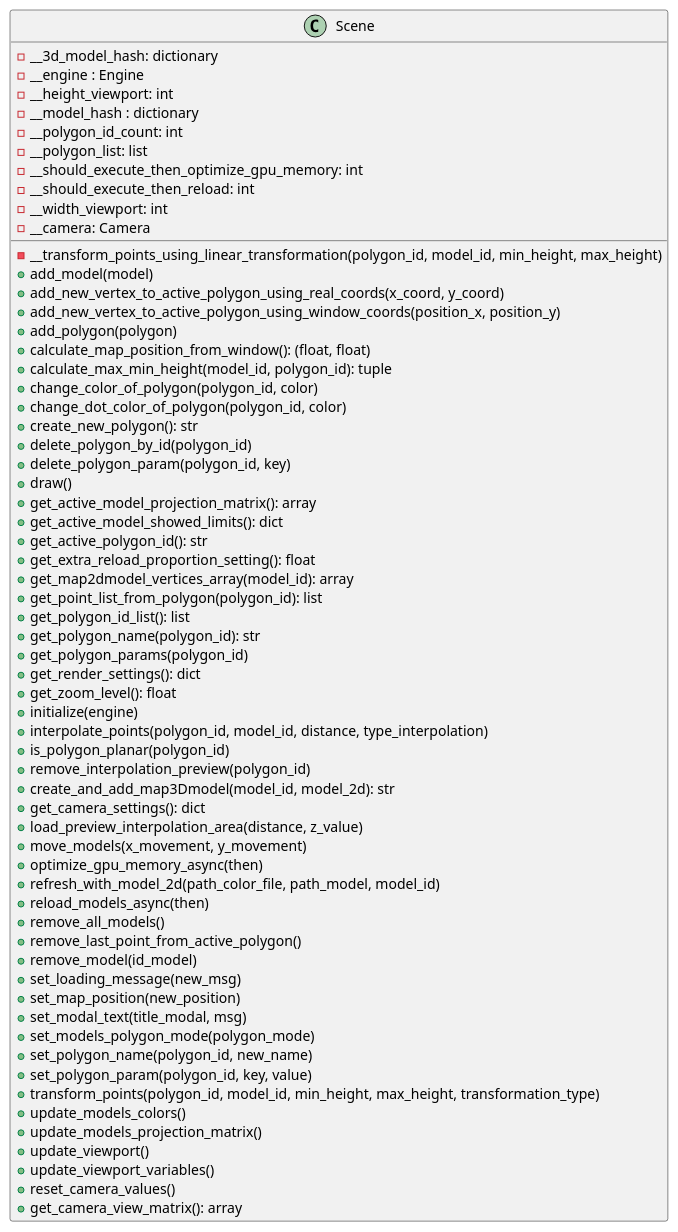
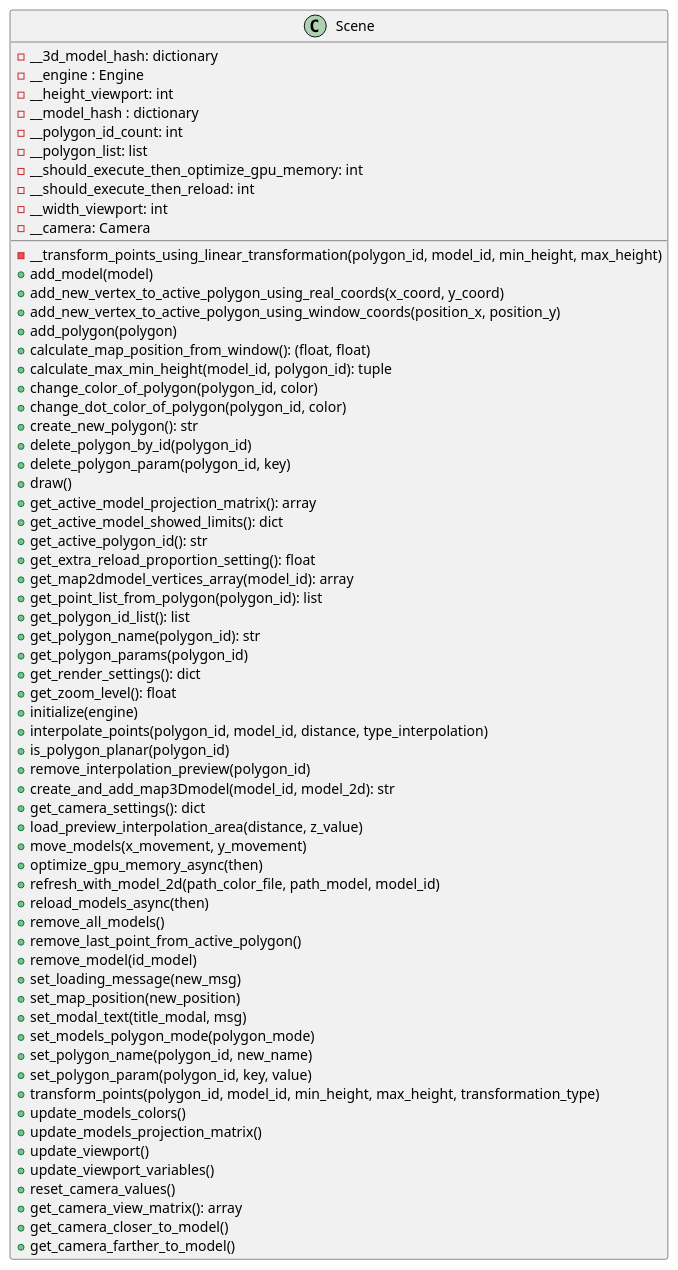
One commit to ferpoble2/Relief_Creator changed the diagram in docs/classes/Scene.puml. Above: the diagram before and after it, drawn with PlantUML. The commit also changed 8 other files, not shown here.

Commit message:
Added scroll to get closer to the model on the controller in the context of 3D rendering

```diff
--- a/docs/classes/Scene.puml
+++ b/docs/classes/Scene.puml
@@ -1,66 +1,68 @@
 @startuml
             class Scene{
                 - __transform_points_using_linear_transformation(polygon_id, model_id, min_height, max_height)
                 + add_model(model)
                 + add_new_vertex_to_active_polygon_using_real_coords(x_coord, y_coord)
                 + add_new_vertex_to_active_polygon_using_window_coords(position_x, position_y)
                 + add_polygon(polygon)
                 + calculate_map_position_from_window(): (float, float)
                 + calculate_max_min_height(model_id, polygon_id): tuple
                 + change_color_of_polygon(polygon_id, color)
                 + change_dot_color_of_polygon(polygon_id, color)
                 + create_new_polygon(): str
                 + delete_polygon_by_id(polygon_id)
                 + delete_polygon_param(polygon_id, key)
                 + draw()
                 + get_active_model_projection_matrix(): array
                 + get_active_model_showed_limits(): dict
                 + get_active_polygon_id(): str
                 + get_extra_reload_proportion_setting(): float
                 + get_map2dmodel_vertices_array(model_id): array
                 + get_point_list_from_polygon(polygon_id): list
                 + get_polygon_id_list(): list
                 + get_polygon_name(polygon_id): str
                 + get_polygon_params(polygon_id)
                 + get_render_settings(): dict
                 + get_zoom_level(): float
                 + initialize(engine)
                 + interpolate_points(polygon_id, model_id, distance, type_interpolation)
                 + is_polygon_planar(polygon_id)
                 + remove_interpolation_preview(polygon_id)
                 + create_and_add_map3Dmodel(model_id, model_2d): str
                 + get_camera_settings(): dict
                 + load_preview_interpolation_area(distance, z_value)
                 + move_models(x_movement, y_movement)
                 + optimize_gpu_memory_async(then)
                 + refresh_with_model_2d(path_color_file, path_model, model_id)
                 + reload_models_async(then)
                 + remove_all_models()
                 + remove_last_point_from_active_polygon()
                 + remove_model(id_model)
                 + set_loading_message(new_msg)
                 + set_map_position(new_position)
                 + set_modal_text(title_modal, msg)
                 + set_models_polygon_mode(polygon_mode)
                 + set_polygon_name(polygon_id, new_name)
                 + set_polygon_param(polygon_id, key, value)
                 + transform_points(polygon_id, model_id, min_height, max_height, transformation_type)
                 + update_models_colors()
                 + update_models_projection_matrix()
                 + update_viewport()
                 + update_viewport_variables()
                 + reset_camera_values()
                 + get_camera_view_matrix(): array
+                + get_camera_closer_to_model()
+                + get_camera_farther_to_model()
 
                 - __3d_model_hash: dictionary
                 - __engine : Engine
                 - __height_viewport: int
                 - __model_hash : dictionary
                 - __polygon_id_count: int
                 - __polygon_list: list
                 - __should_execute_then_optimize_gpu_memory: int
                 - __should_execute_then_reload: int
                 - __width_viewport: int
                 - __camera: Camera
             }
 @enduml
```
